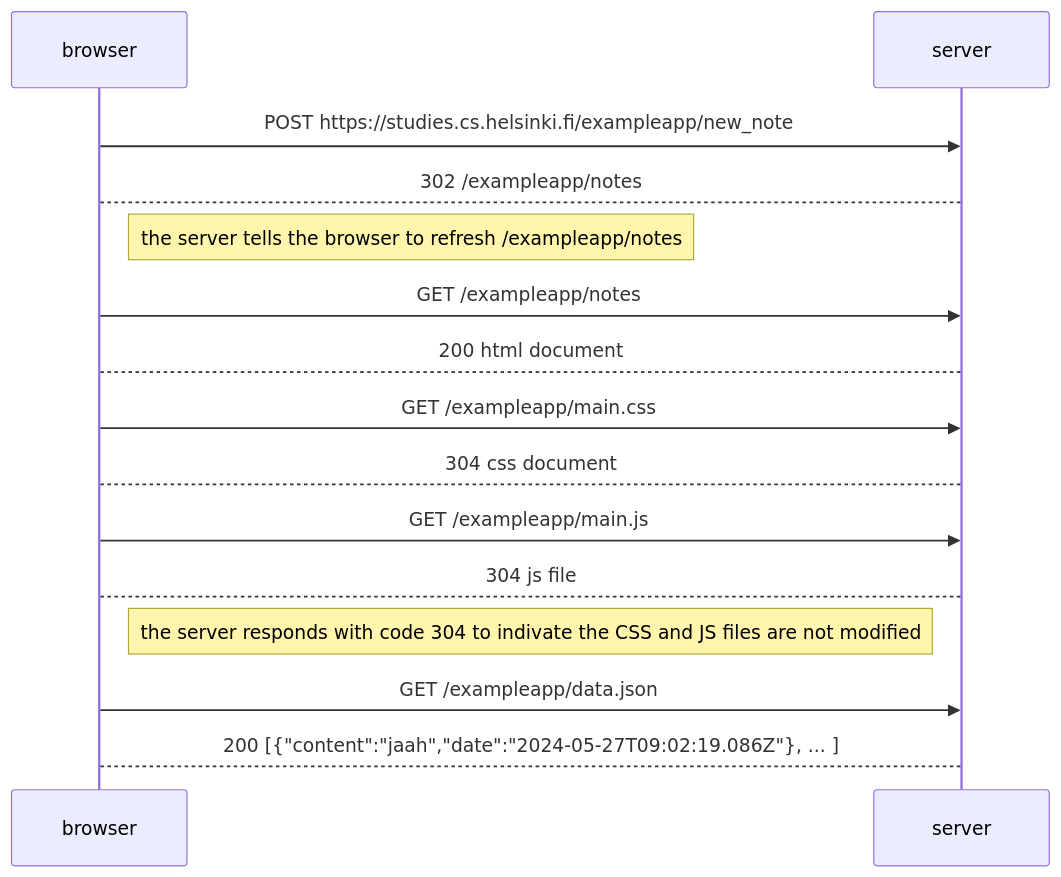
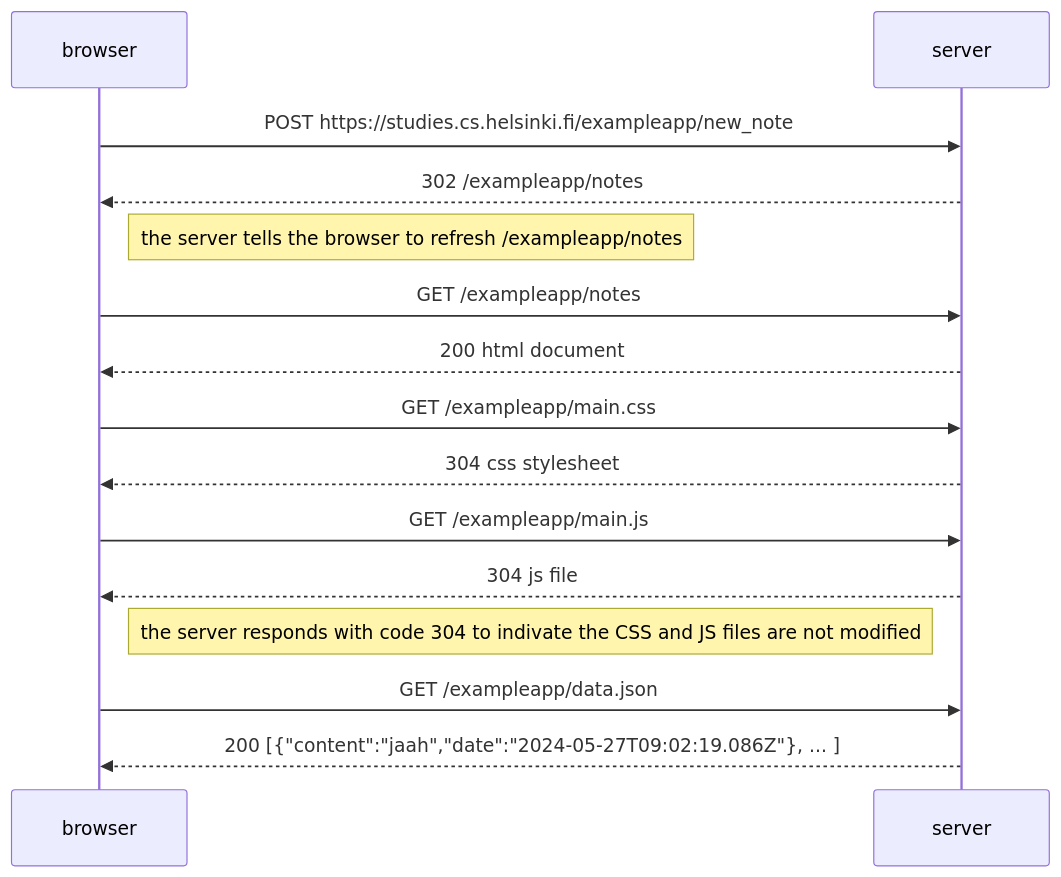
The diagram in part0/0.4-note-diagram.md (Omaro-IB/fullstack-webdev-exercises), drawn with Mermaid before and after one commit. The commit also changed 1 other file, not shown here.

Commit message:
completed exercises 0.4 & 0.5

````diff
--- a/part0/0.4-note-diagram.md
+++ b/part0/0.4-note-diagram.md
@@ -1,15 +1,15 @@
 ```mermaid
 sequenceDiagram
     browser->>server: POST https://studies.cs.helsinki.fi/exampleapp/new_note
-    server-->browser: 302 /exampleapp/notes
+    server-->>browser: 302 /exampleapp/notes
     Note right of browser: the server tells the browser to refresh /exampleapp/notes
     browser->>server: GET /exampleapp/notes
-    server-->browser: 200 html document
+    server-->>browser: 200 html document
     browser->>server: GET /exampleapp/main.css
-    server-->browser: 304 css document
+    server-->>browser: 304 css stylesheet
     browser->>server: GET /exampleapp/main.js
-    server-->browser: 304 js file
+    server-->>browser: 304 js file
     Note right of browser: the server responds with code 304 to indivate the CSS and JS files are not modified
     browser->>server: GET /exampleapp/data.json
-    server-->browser: 200 [{"content":"jaah","date":"2024-05-27T09:02:19.086Z"}, ... ]
+    server-->>browser: 200 [{"content":"jaah","date":"2024-05-27T09:02:19.086Z"}, ... ]
 ```
````
